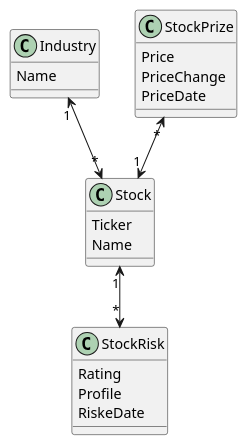
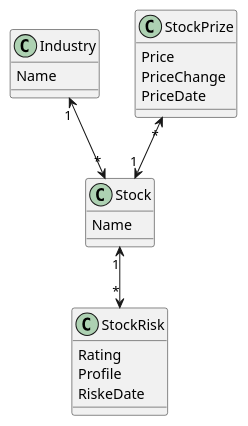
One commit to DanyLoyal/SP-2-Java-Deep-Dive-project changed the diagram in Documentation/DomainModel.puml. Above: the diagram before and after it, drawn with PlantUML. The commit also changed 3 other files, not shown here.

```diff
--- a/Documentation/DomainModel.puml
+++ b/Documentation/DomainModel.puml
@@ -1,29 +1,28 @@
 @startuml
 
 Class Industry{
 Name
 }
 
 Class StockPrize{
 Price
 PriceChange
 PriceDate
 }
 
 Class Stock{
-Ticker
 Name
 }
 
 Class StockRisk{
 Rating
 Profile
 RiskeDate
 }
 
 
 Industry "1"<--> "*"Stock
 StockPrize "*"<--> "1" Stock
 Stock "1"<--> "*"StockRisk
 
 @enduml
```
